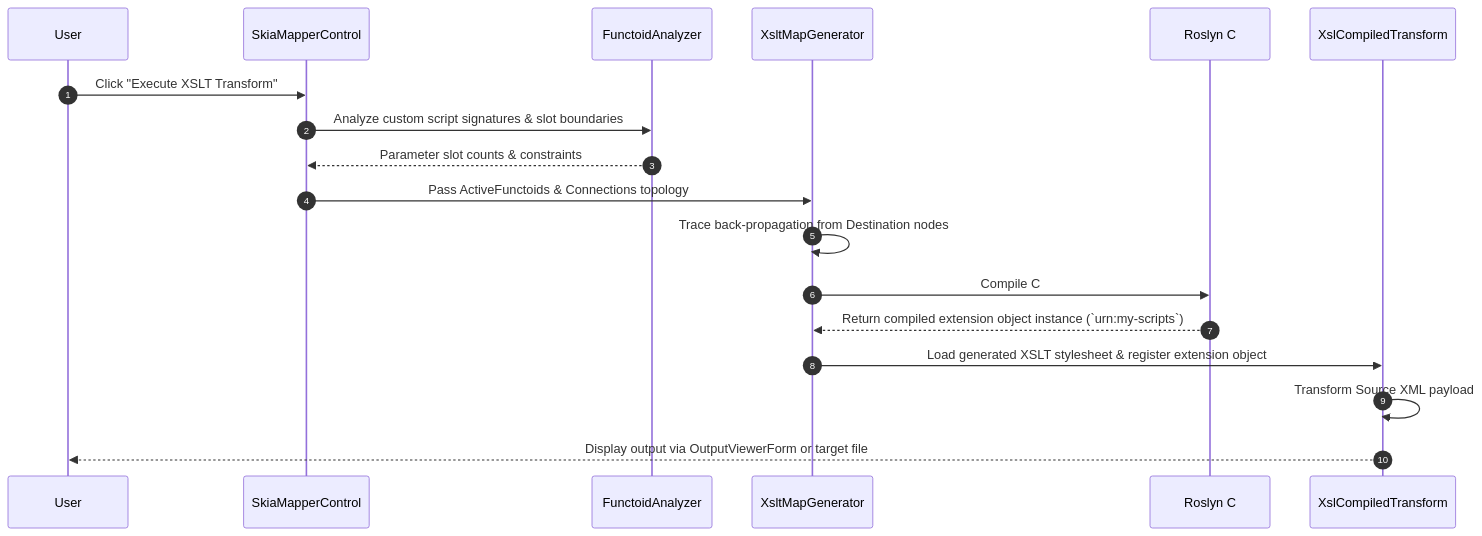
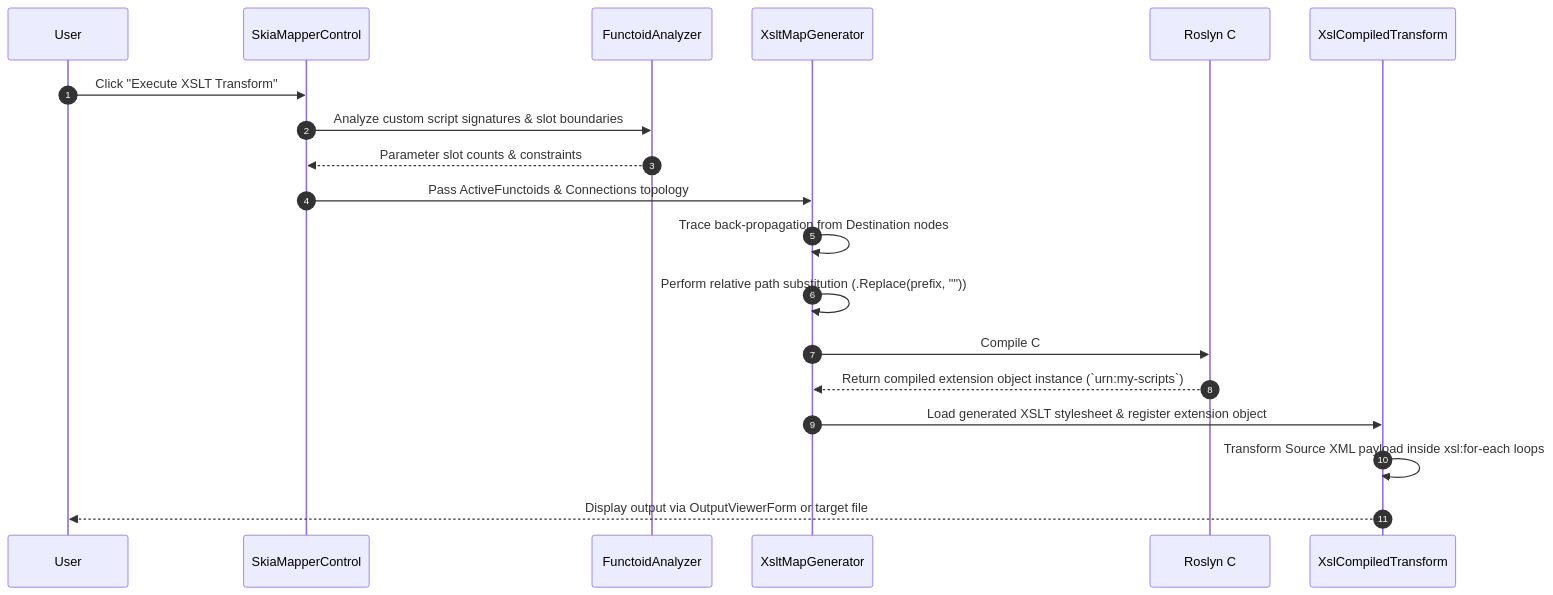
One commit to apeiris/SkiaMapper changed the second of 3 diagrams in README.MD. Above: the diagram before and after it, drawn with Mermaid. The commit also changed other lines of this file and 5 other files, not shown here.

````diff
--- a/README.MD
+++ b/README.MD
@@ -109,21 +118,22 @@
 ```mermaid
 sequenceDiagram
     autonumber
     participant User
     participant Canvas as SkiaMapperControl
     participant Analyzer as FunctoidAnalyzer
     participant Gen as XsltMapGenerator
     participant Roslyn as Roslyn C# Compiler
     participant Engine as XslCompiledTransform
 
     User->>Canvas: Click "Execute XSLT Transform"
     Canvas->>Analyzer: Analyze custom script signatures & slot boundaries
     Analyzer-->>Canvas: Parameter slot counts & constraints
     Canvas->>Gen: Pass ActiveFunctoids & Connections topology
     Gen->>Gen: Trace back-propagation from Destination nodes
+    Gen->>Gen: Perform relative path substitution (.Replace(prefix, ""))
     Gen->>Roslyn: Compile C# Functoid extension code to memory assembly
     Roslyn-->>Gen: Return compiled extension object instance (`urn:my-scripts`)
     Gen->>Engine: Load generated XSLT stylesheet & register extension object
-    Engine->>Engine: Transform Source XML payload
+    Engine->>Engine: Transform Source XML payload inside xsl:for-each loops
     Engine-->>User: Display output via OutputViewerForm or target file
 ```
````
